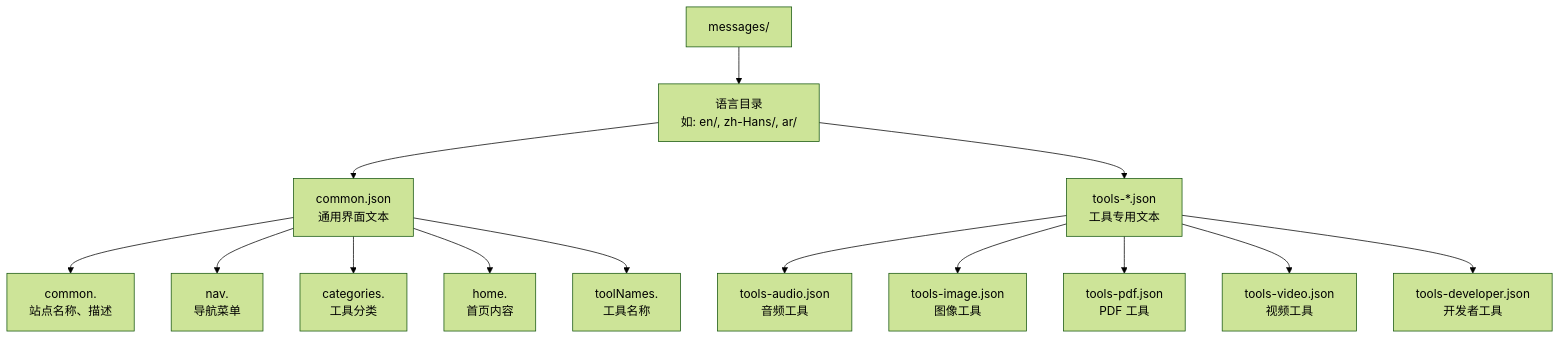
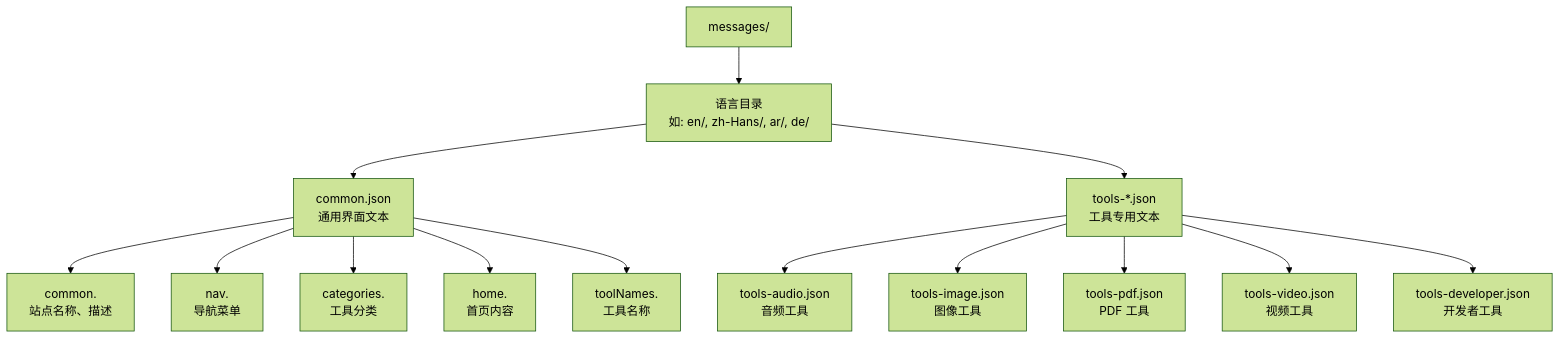
The fifth of 12 diagrams in .qoder/repowiki/zh/content/国际化实现/国际化实现.md (sgyy/privadeck), drawn with Mermaid (forest theme) before and after one commit. The commit also changed other lines of this file and 10 other files, not shown here.

````diff
--- a/.qoder/repowiki/zh/content/国际化实现/国际化实现.md
+++ b/.qoder/repowiki/zh/content/国际化实现/国际化实现.md
@@ -226,16 +254,16 @@
 ```mermaid
 graph TD
-A[messages/] --> B[语言目录<br/>如: en/, zh-Hans/, ar/]
+A[messages/] --> B[语言目录<br/>如: en/, zh-Hans/, ar/, de/]
 B --> C[common.json<br/>通用界面文本]
 B --> D[tools-*.json<br/>工具专用文本]
 C --> C1[common.<br/>站点名称、描述]
 C --> C2[nav.<br/>导航菜单]
 C --> C3[categories.<br/>工具分类]
 C --> C4[home.<br/>首页内容]
 C --> C5[toolNames.<br/>工具名称]
 D --> D1[tools-audio.json<br/>音频工具]
 D --> D2[tools-image.json<br/>图像工具]
 D --> D3[tools-pdf.json<br/>PDF 工具]
 D --> D4[tools-video.json<br/>视频工具]
 D --> D5[tools-developer.json<br/>开发者工具]
 ```
````
